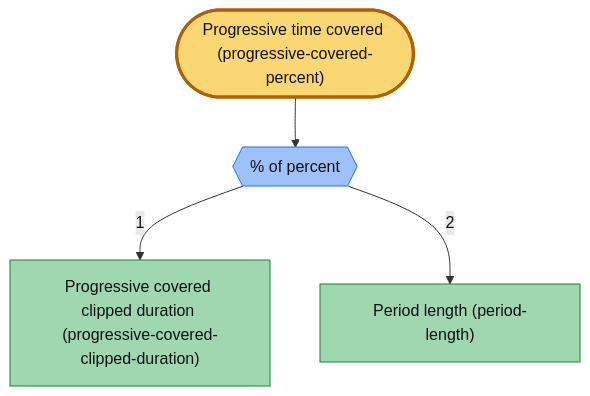
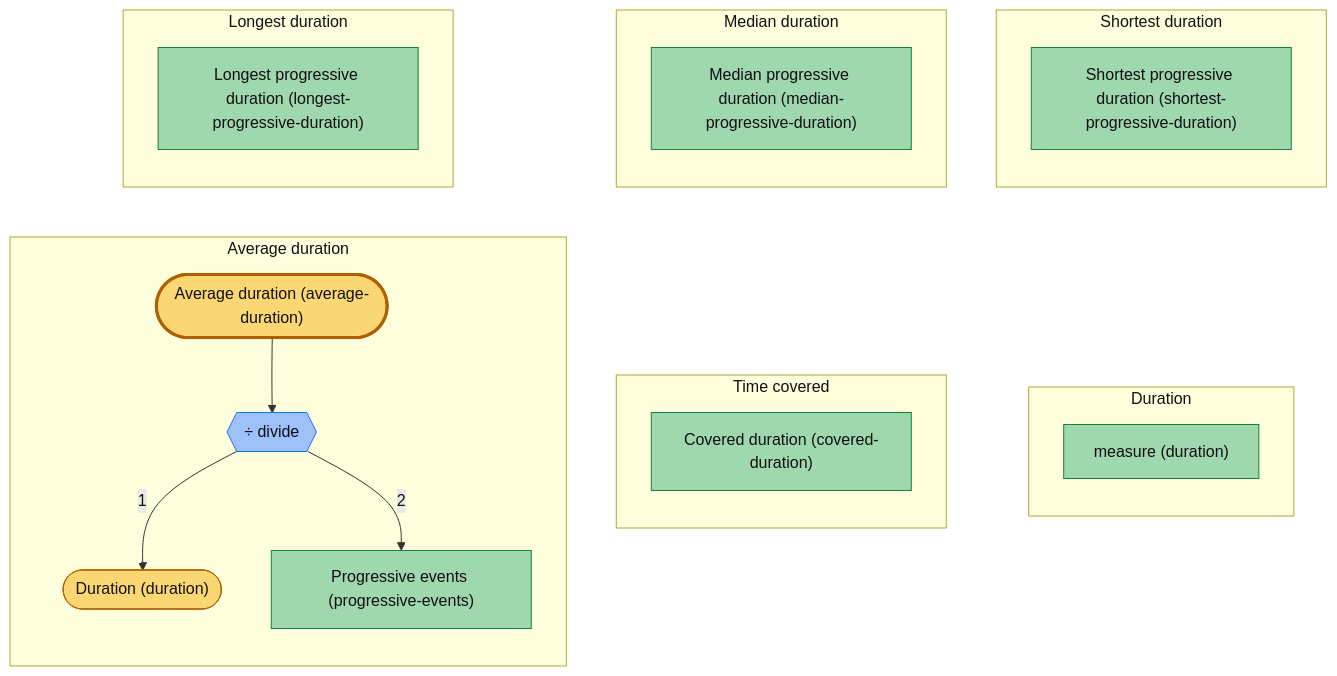
Before and after one commit to organizzolini/codebase: the second of 4 diagrams in projects/caelundas/caelundas-db/documentation/metric-expressions.md, drawn with Mermaid. The commit also changed other lines of this file and 247 other files, not shown here.

Commit message:
feat(caelundas,persistence): ✨ rework the calendar views, tag structure and compact graph docs

````diff
--- a/projects/caelundas/caelundas-db/documentation/metric-expressions.md
+++ b/projects/caelundas/caelundas-db/documentation/metric-expressions.md
@@ -193,18 +78,39 @@
 ```mermaid
-flowchart TB
+flowchart LR
     classDef operator fill:#9ec1fa,stroke:#1a73e8,color:#111
     classDef measure fill:#9fd7ae,stroke:#188038,color:#111
     classDef metric fill:#fbd774,stroke:#b06000,color:#111
     classDef root fill:#fbd774,stroke:#b06000,stroke-width:3px,color:#111
-    n0(["Progressive time covered (progressive-covered-percent)"])
-    n1{{"% of percent"}}
-    n2["Progressive covered clipped duration (progressive-covered-clipped-duration)"]
-    n3["Period length (period-length)"]
-    n0 --> n1
-    n1 -->|"1"| n2
-    n1 -->|"2"| n3
-    class n0 root
-    class n1 operator
-    class n2 measure
-    class n3 measure
+    subgraph m0["Average duration"]
+        direction TB
+        m0n0(["Average duration (average-duration)"]) --> m0n1{{"÷ divide"}}
+        m0n1 -->|"1"| m0n2(["Duration (duration)"])
+        m0n1 -->|"2"| m0n3["Progressive events (progressive-events)"]
+    end
+    subgraph m1["Time covered"]
+        direction TB
+        m1n0["Covered duration (covered-duration)"]
+    end
+    subgraph m2["Duration"]
+        direction TB
+        m2n0["measure (duration)"]
+    end
+    subgraph m3["Longest duration"]
+        direction TB
+        m3n0["Longest progressive duration (longest-progressive-duration)"]
+    end
+    subgraph m4["Median duration"]
+        direction TB
+        m4n0["Median progressive duration (median-progressive-duration)"]
+    end
+    subgraph m5["Shortest duration"]
+        direction TB
+        m5n0["Shortest progressive duration (shortest-progressive-duration)"]
+    end
+    m0 ~~~ m1 ~~~ m2
+    m3 ~~~ m4 ~~~ m5
+    class m0n0 root
+    class m0n1 operator
+    class m0n2 metric
+    class m0n3,m1n0,m2n0,m3n0,m4n0,m5n0 measure
 ```
````
